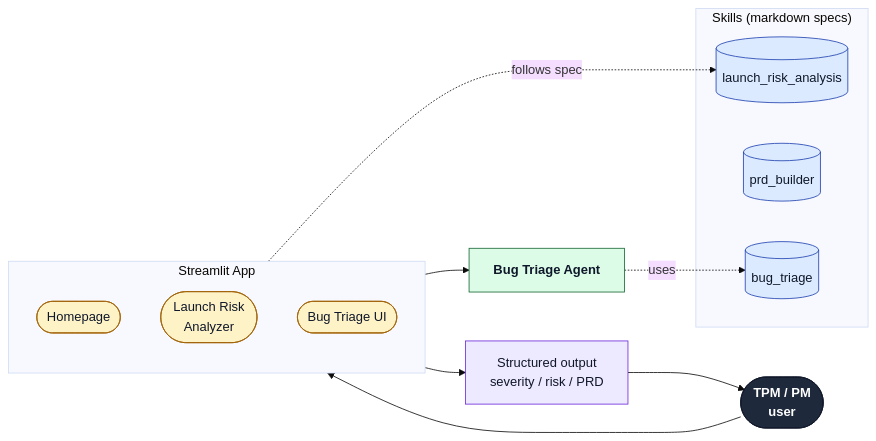
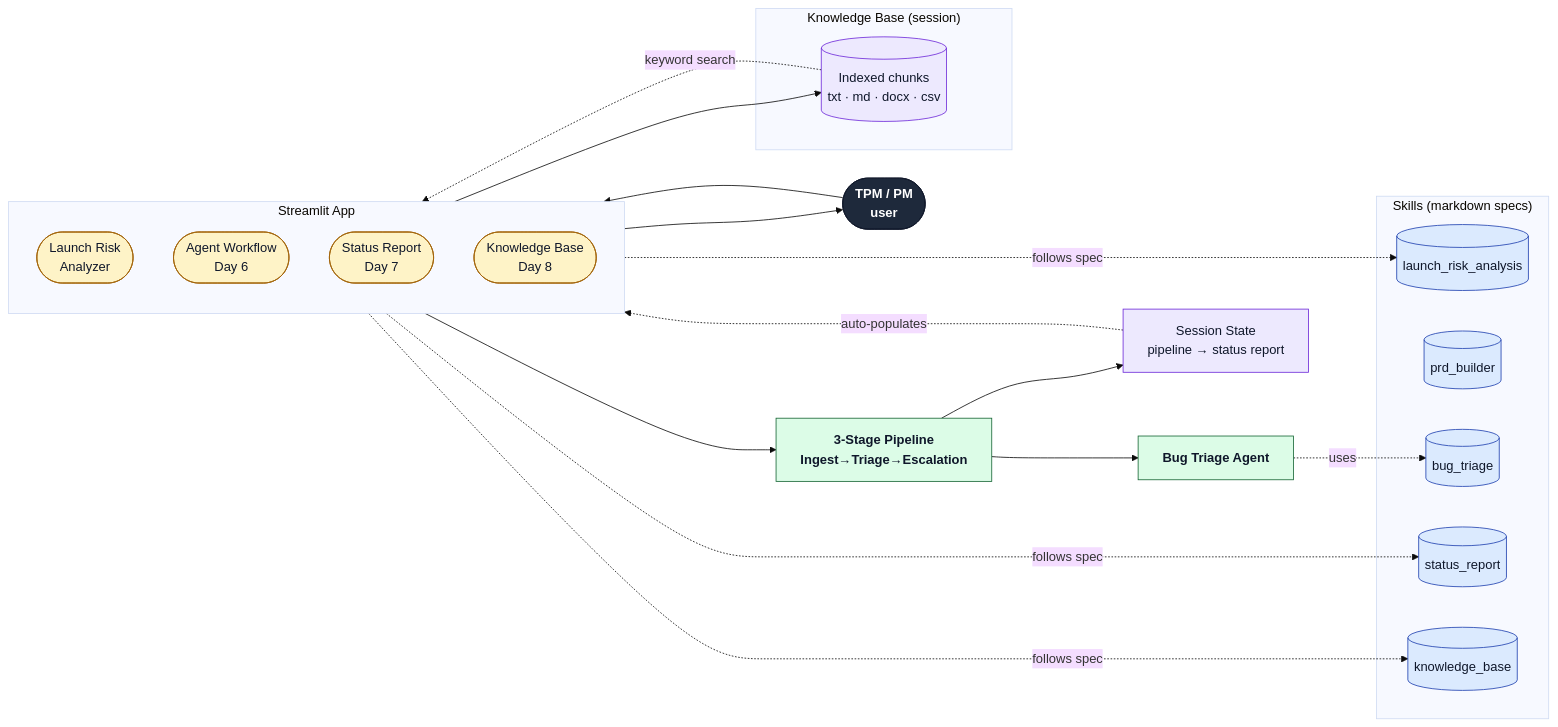
One commit to shwsingh/pm-tpm-ai-tools changed the second of 2 diagrams in README.md. Above: the diagram before and after it, drawn with Mermaid (base theme). The commit also changed other lines of this file and 4 other files, not shown here.

First line of the commit message:
Day 8 - Knowledge Base with RAG skeleton (txt, md, docx, csv)

````diff
--- a/README.md
+++ b/README.md
@@ -99,34 +100,48 @@
 ```mermaid
 flowchart LR
     User(["TPM / PM<br/>user"]):::user
 
     subgraph APP["Streamlit App"]
         direction TB
-        Home(["Homepage"]):::ui
         LRA(["Launch Risk<br/>Analyzer"]):::ui
-        BUG(["Bug Triage UI"]):::ui
+        WF(["Agent Workflow<br/>Day 6"]):::ui
+        SR(["Status Report<br/>Day 7"]):::ui
+        KB(["Knowledge Base<br/>Day 8"]):::ui
     end
 
     BTA["Bug Triage Agent"]:::agent
+    PIPE["3-Stage Pipeline<br/>Ingest→Triage→Escalation"]:::agent
 
     subgraph SKILLS["Skills (markdown specs)"]
         S_LR[("launch_risk_analysis")]:::skill
         S_PRD[("prd_builder")]:::skill
         S_BUG[("bug_triage")]:::skill
+        S_SR[("status_report")]:::skill
+        S_KB[("knowledge_base")]:::skill
     end
 
-    Output["Structured output<br/>severity / risk / PRD"]:::output
+    subgraph KB_STORE["Knowledge Base (session)"]
+        CHUNKS[("Indexed chunks<br/>txt · md · docx · csv")]:::store
+    end
+
+    SS["Session State<br/>pipeline → status report"]:::store
 
     User --> APP
+    WF --> PIPE
+    PIPE --> BTA
+    BTA -. uses .-> S_BUG
+    PIPE --> SS
+    SS -. auto-populates .-> SR
+    SR -. follows spec .-> S_SR
+    KB --> CHUNKS
+    CHUNKS -. keyword search .-> KB
+    KB -. follows spec .-> S_KB
     LRA -. follows spec .-> S_LR
-    BUG --> BTA
-    BTA -. uses .-> S_BUG
-    APP --> Output
-    Output --> User
+    APP --> User
 
     classDef user fill:#1e293b,stroke:#0f172a,color:#fff,font-weight:bold
     classDef ui fill:#fef3c7,stroke:#a16207,color:#0f172a
     classDef agent fill:#dcfce7,stroke:#166534,color:#0f172a,font-weight:bold
     classDef skill fill:#dbeafe,stroke:#1e40af,color:#0f172a
-    classDef output fill:#ede9fe,stroke:#6d28d9,color:#0f172a
+    classDef store fill:#ede9fe,stroke:#6d28d9,color:#0f172a
 ```
````
